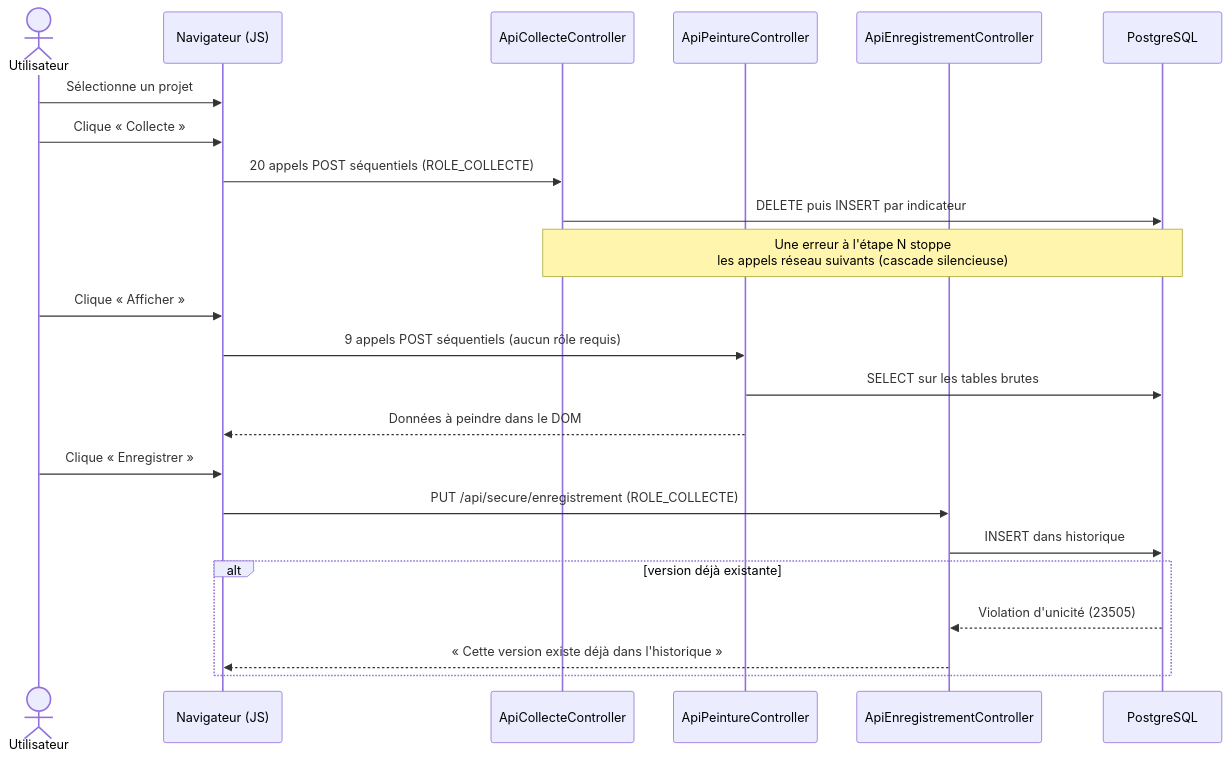
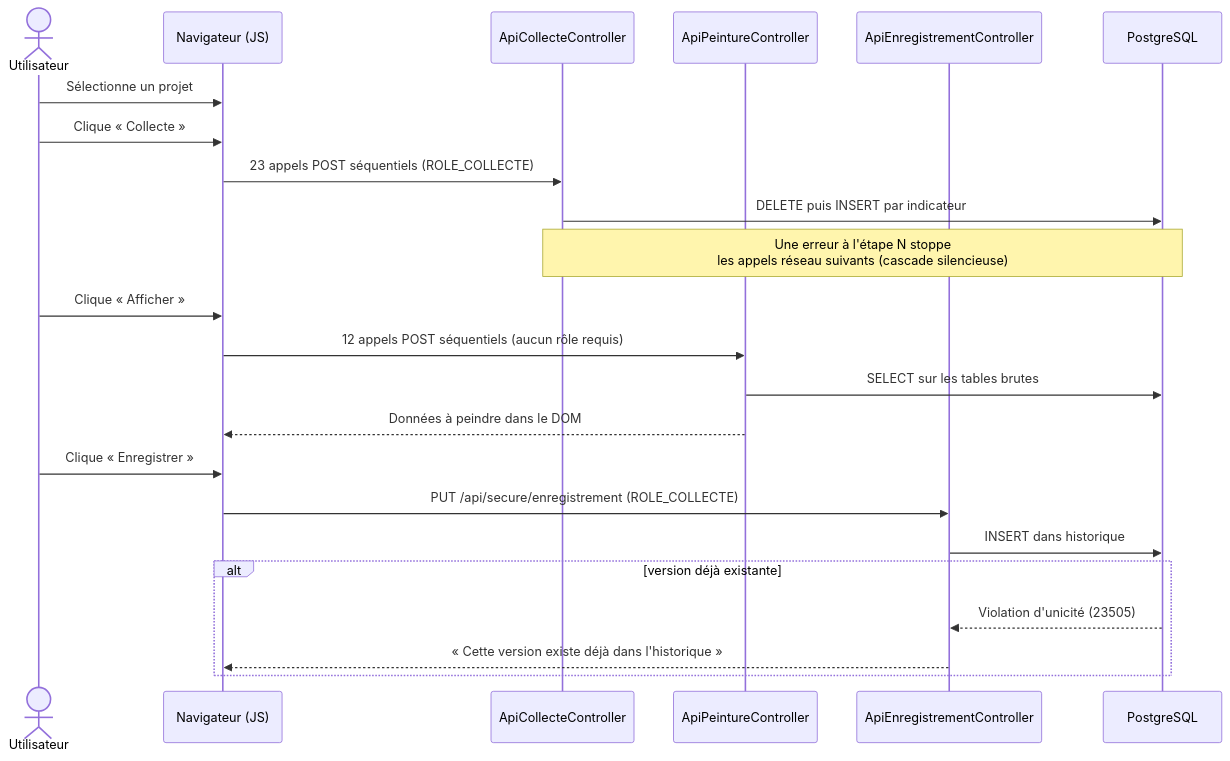
Before and after one commit to Laurent-hadjadj/ma-moulinette: the second of 4 diagrams in mkDocs/docs/ma-moulinette/application/projet.md, drawn with Mermaid. The commit also changed other lines of this file and 1 other file, not shown here.

````diff
--- a/mkDocs/docs/ma-moulinette/application/projet.md
+++ b/mkDocs/docs/ma-moulinette/application/projet.md
@@ -159,26 +164,26 @@
 ```mermaid
 sequenceDiagram
     actor U as Utilisateur
     participant JS as Navigateur (JS)
     participant Col as ApiCollecteController
     participant Pein as ApiPeintureController
     participant Enr as ApiEnregistrementController
     participant DB as PostgreSQL
 
     U->>JS: Sélectionne un projet
     U->>JS: Clique « Collecte »
-    JS->>Col: 20 appels POST séquentiels (ROLE_COLLECTE)
+    JS->>Col: 23 appels POST séquentiels (ROLE_COLLECTE)
     Col->>DB: DELETE puis INSERT par indicateur
     Note over Col,DB: Une erreur à l'étape N stoppe<br/>les appels réseau suivants (cascade silencieuse)
     U->>JS: Clique « Afficher »
-    JS->>Pein: 9 appels POST séquentiels (aucun rôle requis)
+    JS->>Pein: 12 appels POST séquentiels (aucun rôle requis)
     Pein->>DB: SELECT sur les tables brutes
     Pein-->>JS: Données à peindre dans le DOM
     U->>JS: Clique « Enregistrer »
     JS->>Enr: PUT /api/secure/enregistrement (ROLE_COLLECTE)
     Enr->>DB: INSERT dans historique
     alt version déjà existante
         DB-->>Enr: Violation d'unicité (23505)
         Enr-->>JS: « Cette version existe déjà dans l'historique »
     end
 ```
````
